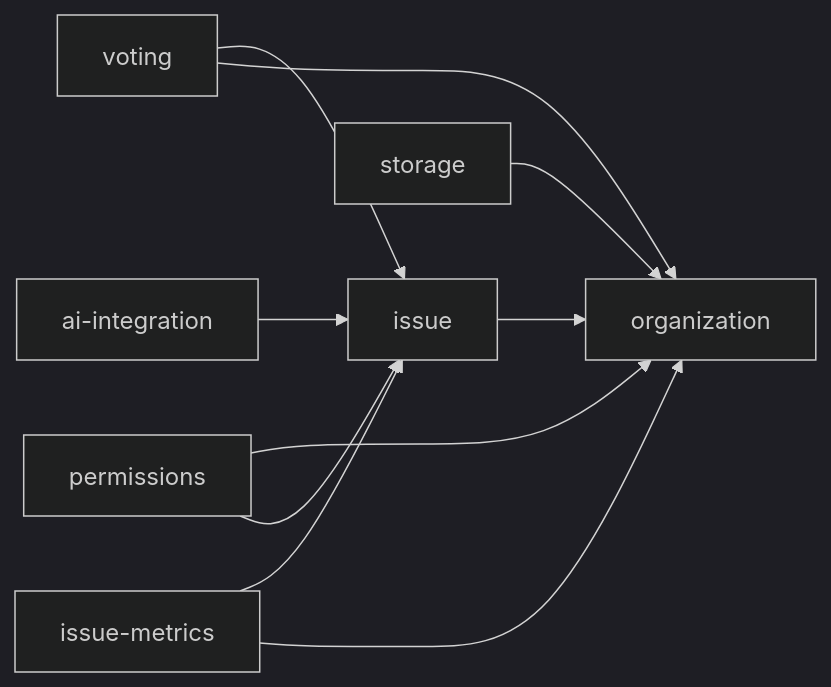
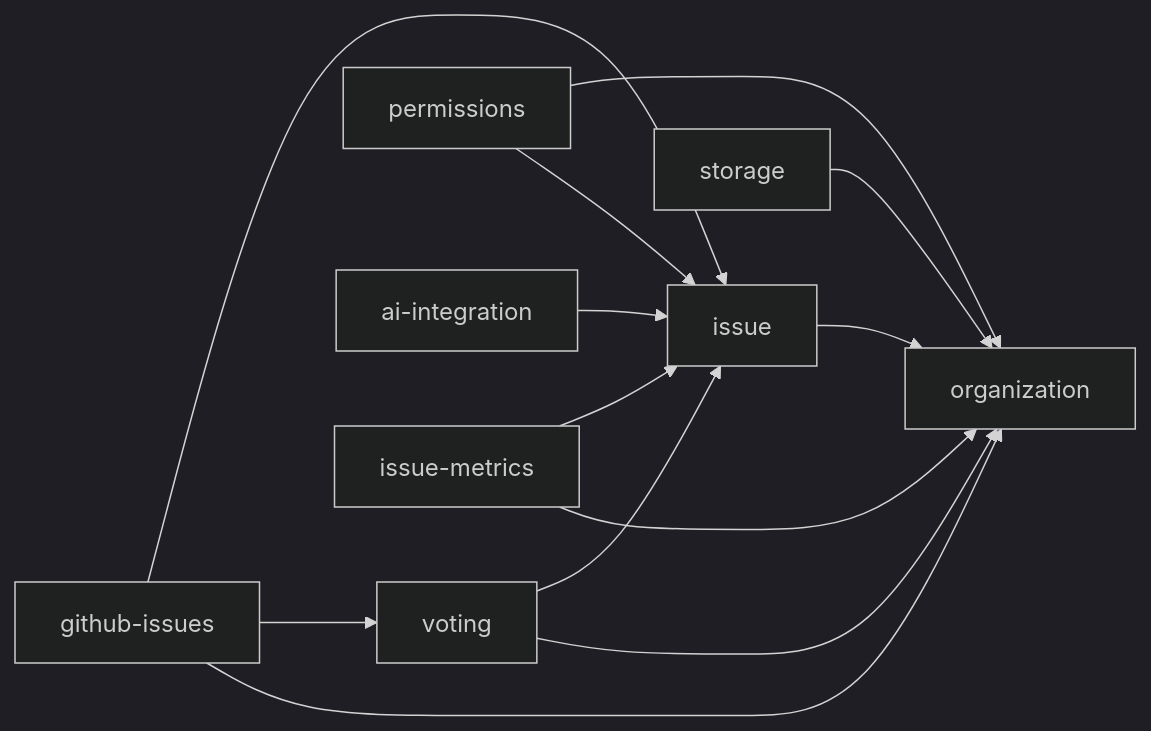
The diagram in spec/features/README.md (sneat-co/issue-number-one), drawn with Mermaid (dark theme) before and after one commit. The commit also changed other lines of this file and 4 other files, not shown here.

````diff
--- a/spec/features/README.md
+++ b/spec/features/README.md
@@ -53,20 +61,24 @@
 ```mermaid
 graph LR
     ORG[organization]
     ISS[issue]
     VOT[voting]
     PERM[permissions]
     STOR[storage]
     AI[ai-integration]
     MET[issue-metrics]
+    GHI[github-issues]
 
     ISS --> ORG
     VOT --> ISS
     VOT --> ORG
     PERM --> ORG
     PERM --> ISS
     STOR --> ORG
     AI --> ISS
     MET --> ISS
     MET --> ORG
+    GHI --> ISS
+    GHI --> VOT
+    GHI --> ORG
 ```
````
